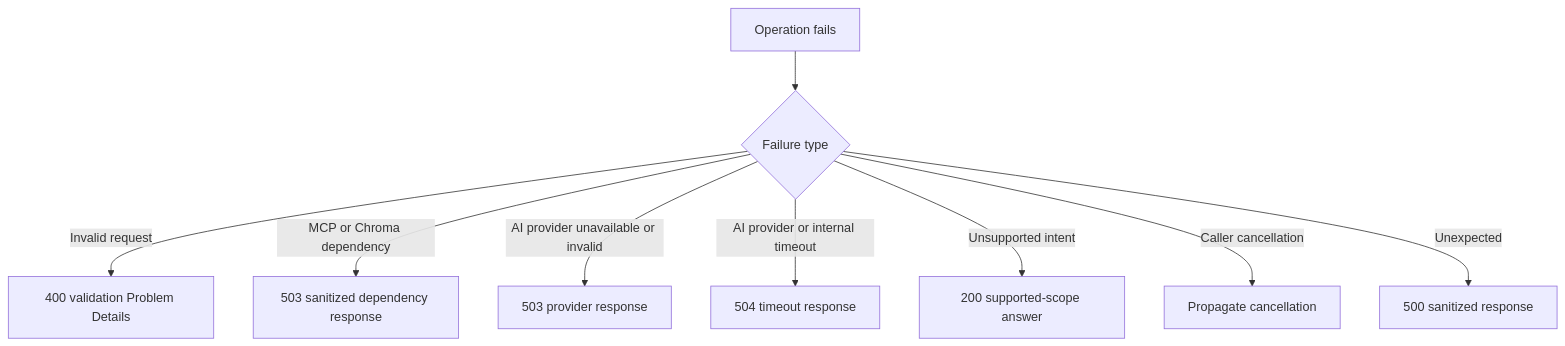
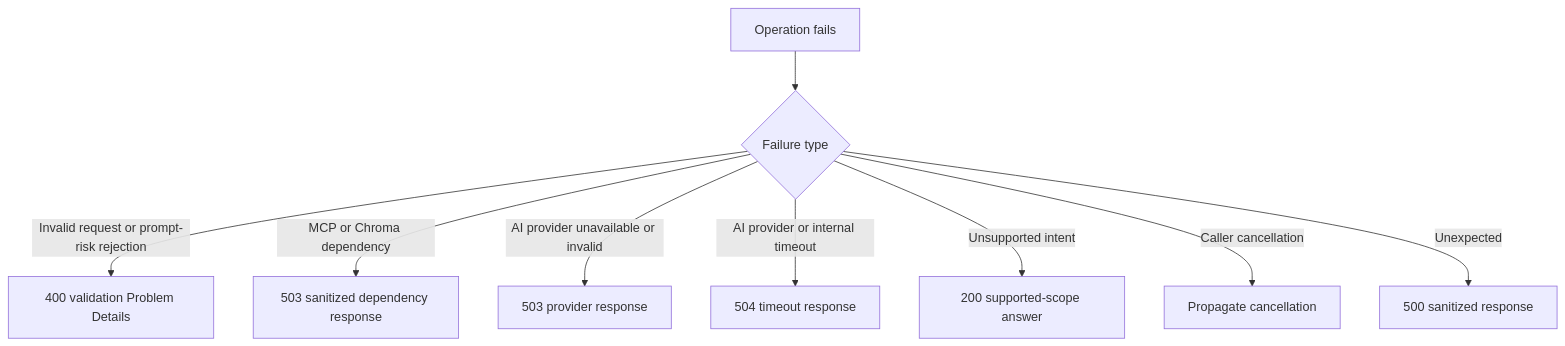
Before and after one commit to prabodharandima/ai_agent_cfo: diagram 11 of 12 in APPLICATION_ARCHITECTURE.md, drawn with Mermaid. The commit also changed other lines of this file and 30 other files, not shown here.

````diff
--- a/APPLICATION_ARCHITECTURE.md
+++ b/APPLICATION_ARCHITECTURE.md
@@ -813,11 +816,11 @@
 ```mermaid
 flowchart TD
     Failure[Operation fails] --> Type{Failure type}
-    Type -->|Invalid request| E400[400 validation Problem Details]
+    Type -->|Invalid request or prompt-risk rejection| E400[400 validation Problem Details]
     Type -->|MCP or Chroma dependency| E503[503 sanitized dependency response]
     Type -->|AI provider unavailable or invalid| O503[503 provider response]
     Type -->|AI provider or internal timeout| E504[504 timeout response]
     Type -->|Unsupported intent| OK[200 supported-scope answer]
     Type -->|Caller cancellation| Cancel[Propagate cancellation]
     Type -->|Unexpected| E500[500 sanitized response]
 ```
````
